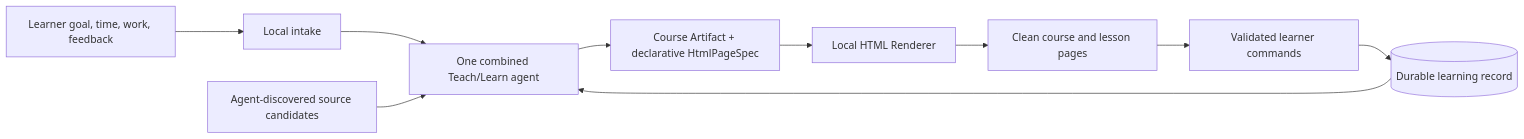
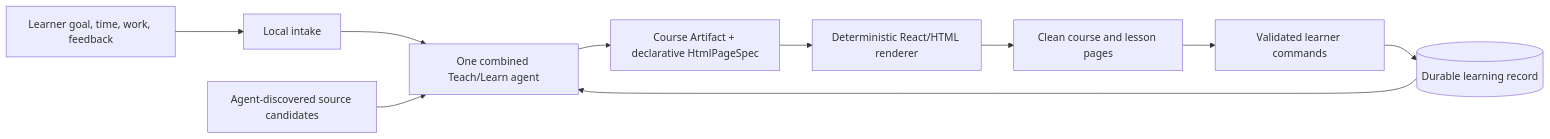
One commit to Z-Lemke/OpenBook changed the first of 3 diagrams in docs/factory/Solution.md. Above: the diagram before and after it, drawn with Mermaid. The commit also changed other lines of this file and 1 other file, not shown here.

Commit message:
docs: adopt TypeScript Next architecture

````diff
--- a/docs/factory/Solution.md
+++ b/docs/factory/Solution.md
@@ -30,12 +37,12 @@
 ```mermaid
 flowchart LR
   learner["Learner goal, time, work, feedback"] --> intake["Local intake"]
   intake --> agent["One combined Teach/Learn agent"]
   sources["Agent-discovered source candidates"] --> agent
   agent --> artifact["Course Artifact + declarative HtmlPageSpec"]
-  artifact --> renderer["Local HTML Renderer"]
+  artifact --> renderer["Deterministic React/HTML renderer"]
   renderer --> website["Clean course and lesson pages"]
   website --> commands["Validated learner commands"]
   commands --> record[("Durable learning record")]
   record --> agent
 ```
````
